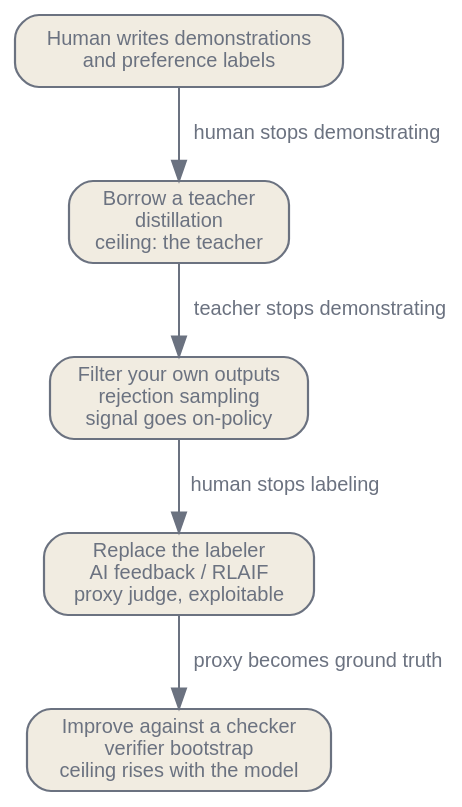
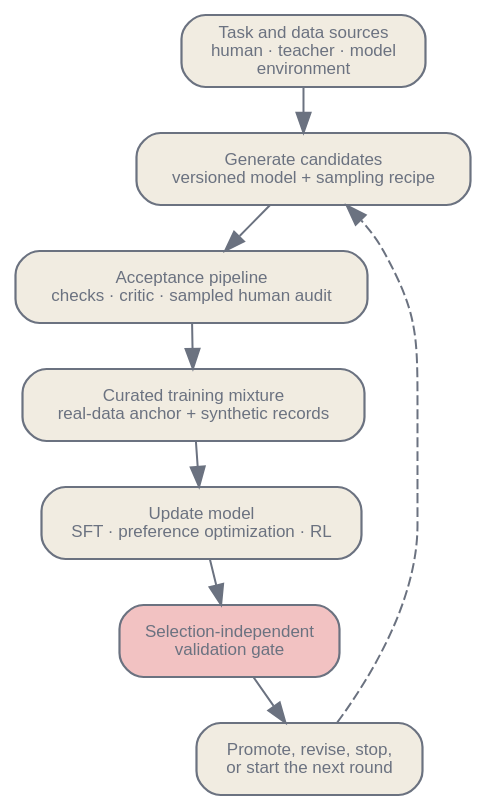
One commit to latere-ai/ai-as-an-infrastructure changed the diagram in en/adaptation/07-synthetic-data-self-improvement.qmd. Above: the diagram before and after it, drawn with Graphviz. The commit also changed other lines of this file and 3 other files, not shown here.

Commit message:
Rewrite synthetic data chapter

````diff
--- a/en/adaptation/07-synthetic-data-self-improvement.qmd
+++ b/en/adaptation/07-synthetic-data-self-improvement.qmd
@@ -129,22 +55,22 @@
 ```{dot}
-//| label: fig-synthetic-data-lineage
-//| fig-cap: "The retreat from the human labeler. Each step replaces a human in one role with a cheaper source of judgment, and the source of the next round's data shifts accordingly."
+//| label: fig-synthetic-data-loop
+//| fig-cap: "An auditable synthetic-data loop. A selection-independent validation gate evaluates the update without supplying examples, rewards, or thresholds to the generation and acceptance stages."
 digraph {
   bgcolor="transparent";
   rankdir=TB;
-  nodesep=0.4; ranksep=0.5;
-  node [shape=box, style="rounded,filled", fontname="Helvetica", fontsize=10, color="#6b7280", fontcolor="#6b7280", fillcolor="#f1ece1", penwidth=1.1];
-  edge [fontsize=10, fontname="Helvetica", color="#6b7280", fontcolor="#6b7280"];
+  nodesep=0.22; ranksep=0.32;
+  node [shape=box, style="rounded,filled", fontname="Helvetica", fontsize=8.5, color="#6b7280", fontcolor="#6b7280", fillcolor="#f1ece1", penwidth=1.1];
+  edge [fontsize=8.5, fontname="Helvetica", color="#6b7280", fontcolor="#6b7280"];
 
-  H [label="Human writes demonstrations\nand preference labels"];
-  T [label="Borrow a teacher\ndistillation\nceiling: the teacher"];
-  R [label="Filter your own outputs\nrejection sampling\nsignal goes on-policy"];
-  A [label="Replace the labeler\nAI feedback / RLAIF\nproxy judge, exploitable"];
-  V [label="Improve against a checker\nverifier bootstrap\nceiling rises with the model"];
+  source [label="Task and data sources\nhuman · teacher · model\nenvironment"];
+  generate [label="Generate candidates\nversioned model + sampling recipe"];
+  gate [label="Acceptance pipeline\nchecks · critic · sampled human audit"];
+  mix [label="Curated training mixture\nreal-data anchor + synthetic records"];
+  update [label="Update model\nSFT · preference optimization · RL"];
+  holdout [label="Selection-independent\nvalidation gate", fillcolor="#f2c2c2"];
+  decision [label="Promote, revise, stop,\nor start the next round"];
 
-  H -> T [label="human stops demonstrating"];
-  T -> R [label="teacher stops demonstrating"];
-  R -> A [label="human stops labeling"];
-  A -> V [label="proxy becomes ground truth"];
+  source -> generate -> gate -> mix -> update -> holdout -> decision;
+  decision -> generate [style=dashed];
 }
 ```
````
